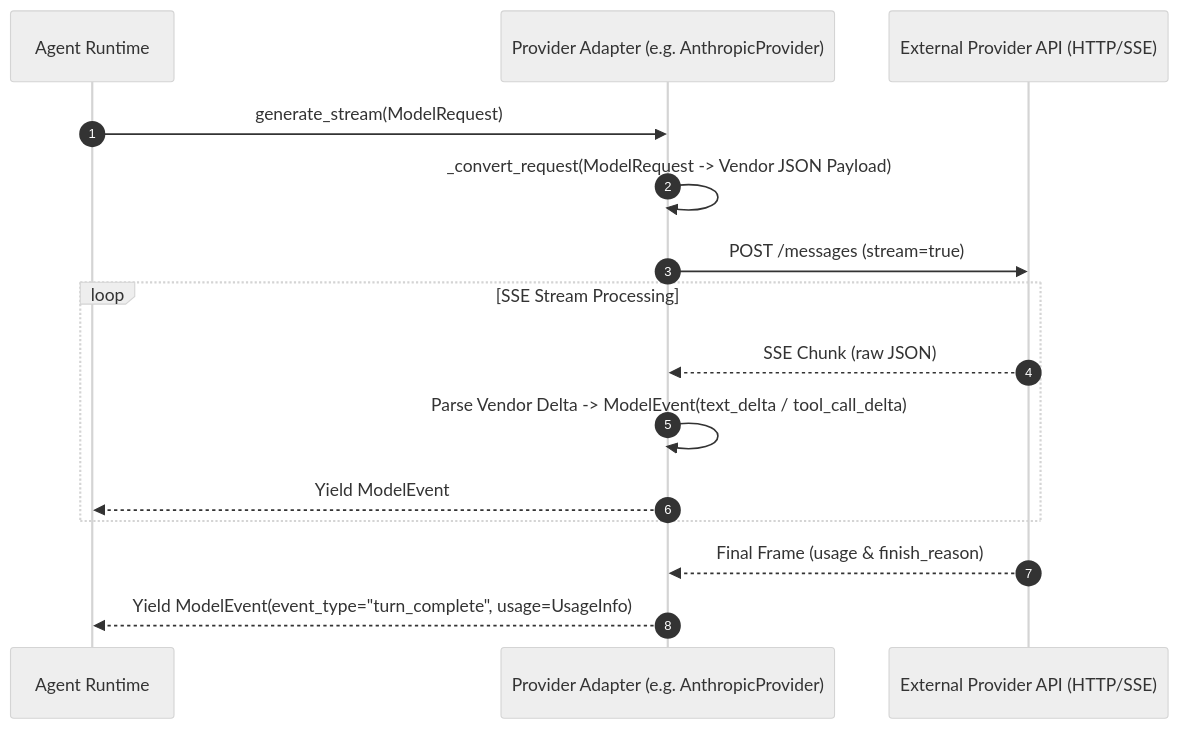
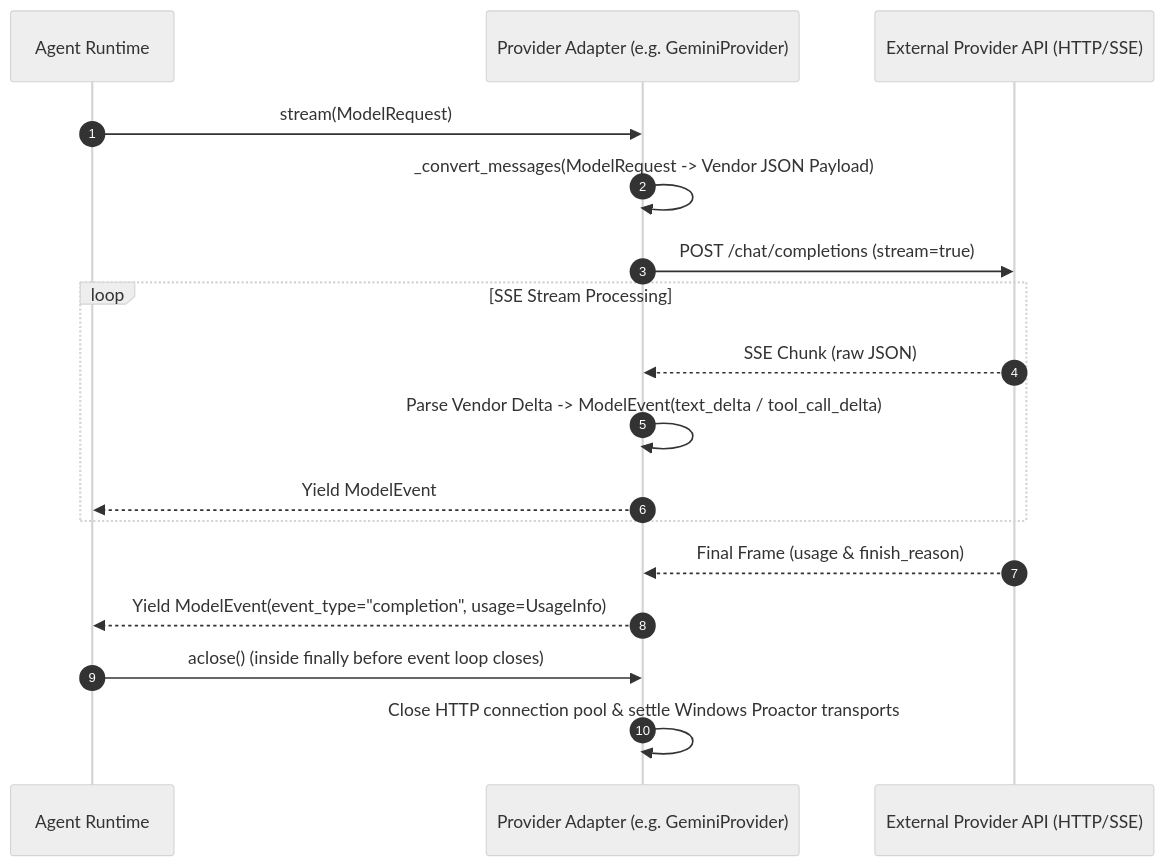
One commit to Sumit-Prasad01/Relay changed the third of 10 diagrams in ARCHITECTURE.md. Above: the diagram before and after it, drawn with Mermaid (neutral theme). The commit also changed other lines of this file and 17 other files, not shown here.

Commit message:
feat(cli): add interactive provider/model onboarding, dark UI with live markdown, /model switcher, and clean async client teardown

````diff
--- a/ARCHITECTURE.md
+++ b/ARCHITECTURE.md
@@ -143,18 +143,20 @@
 ```mermaid
 sequenceDiagram
     autonumber
     participant Runtime as Agent Runtime
-    participant Adapter as Provider Adapter (e.g. AnthropicProvider)
+    participant Adapter as Provider Adapter (e.g. GeminiProvider)
     participant API as External Provider API (HTTP/SSE)
 
-    Runtime->>Adapter: generate_stream(ModelRequest)
-    Adapter->>Adapter: _convert_request(ModelRequest -> Vendor JSON Payload)
-    Adapter->>API: POST /messages (stream=true)
+    Runtime->>Adapter: stream(ModelRequest)
+    Adapter->>Adapter: _convert_messages(ModelRequest -> Vendor JSON Payload)
+    Adapter->>API: POST /chat/completions (stream=true)
     loop SSE Stream Processing
         API-->>Adapter: SSE Chunk (raw JSON)
         Adapter->>Adapter: Parse Vendor Delta -> ModelEvent(text_delta / tool_call_delta)
         Adapter-->>Runtime: Yield ModelEvent
     end
     API-->>Adapter: Final Frame (usage & finish_reason)
-    Adapter-->>Runtime: Yield ModelEvent(event_type="turn_complete", usage=UsageInfo)
+    Adapter-->>Runtime: Yield ModelEvent(event_type="completion", usage=UsageInfo)
+    Runtime->>Adapter: aclose() (inside finally before event loop closes)
+    Adapter->>Adapter: Close HTTP connection pool & settle Windows Proactor transports
 ```
````
